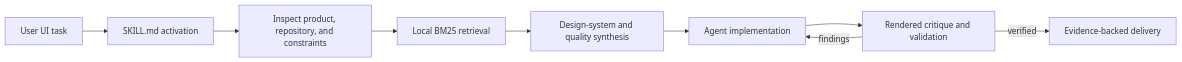
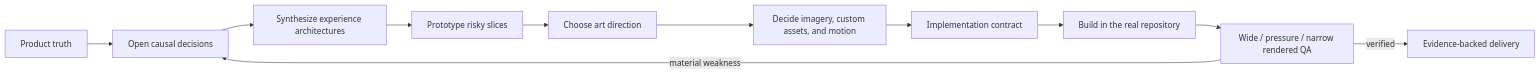
One commit to What0ff/snowe-ui-skill changed the diagram in README.md. Above: the diagram before and after it, drawn with Mermaid. The commit also changed other lines of this file and 70 other files, not shown here.

First line of the commit message:
Redesign Snowe around architecture-first design decisions

````diff
--- a/README.md
+++ b/README.md
@@ -63,11 +64,13 @@
 ```mermaid
 flowchart LR
-    A["User UI task"] --> B["SKILL.md activation"]
-    B --> C["Inspect product, repository, and constraints"]
-    C --> D["Local BM25 retrieval"]
-    D --> E["Design-system and quality synthesis"]
-    E --> F["Agent implementation"]
-    F --> G["Rendered critique and validation"]
-    G -->|"findings"| F
-    G -->|"verified"| H["Evidence-backed delivery"]
+    A["Product truth"] --> B["Open causal decisions"]
+    B --> C["Synthesize experience architectures"]
+    C --> D["Prototype risky slices"]
+    D --> E["Choose art direction"]
+    E --> F["Decide imagery, custom assets, and motion"]
+    F --> G["Implementation contract"]
+    G --> H["Build in the real repository"]
+    H --> I["Wide / pressure / narrow rendered QA"]
+    I -->|"material weakness"| B
+    I -->|"verified"| J["Evidence-backed delivery"]
 ```
````
